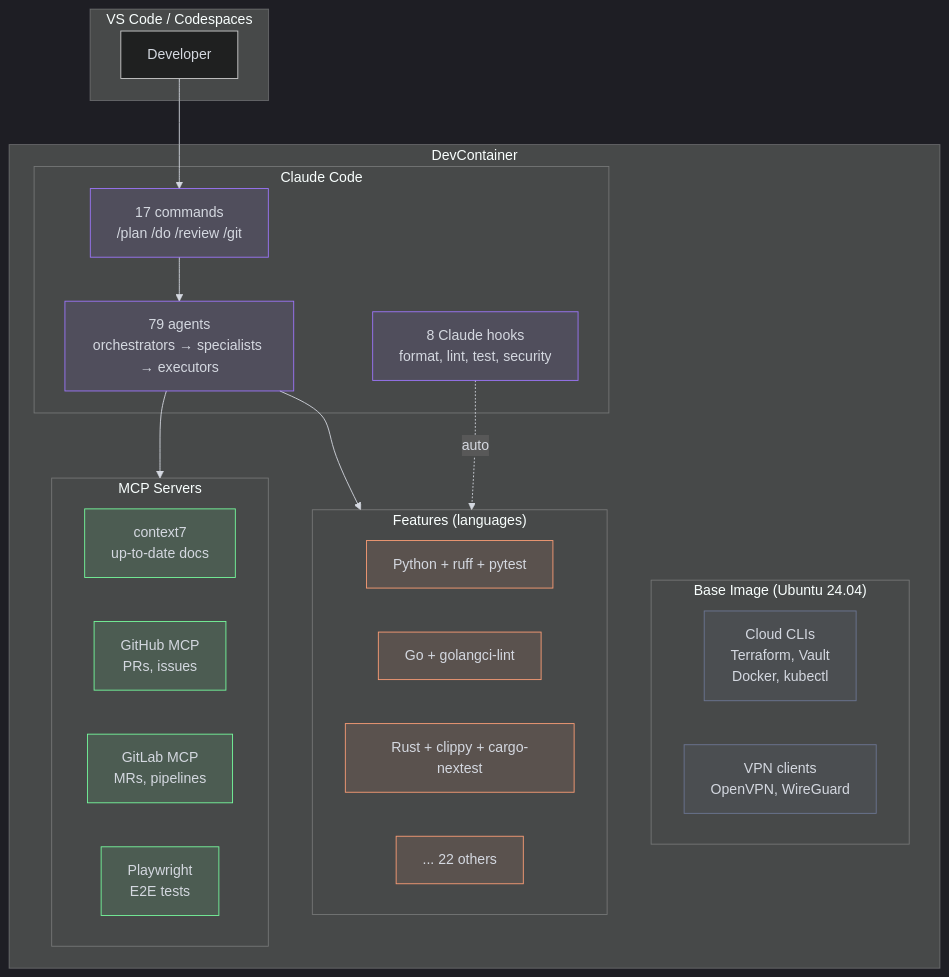
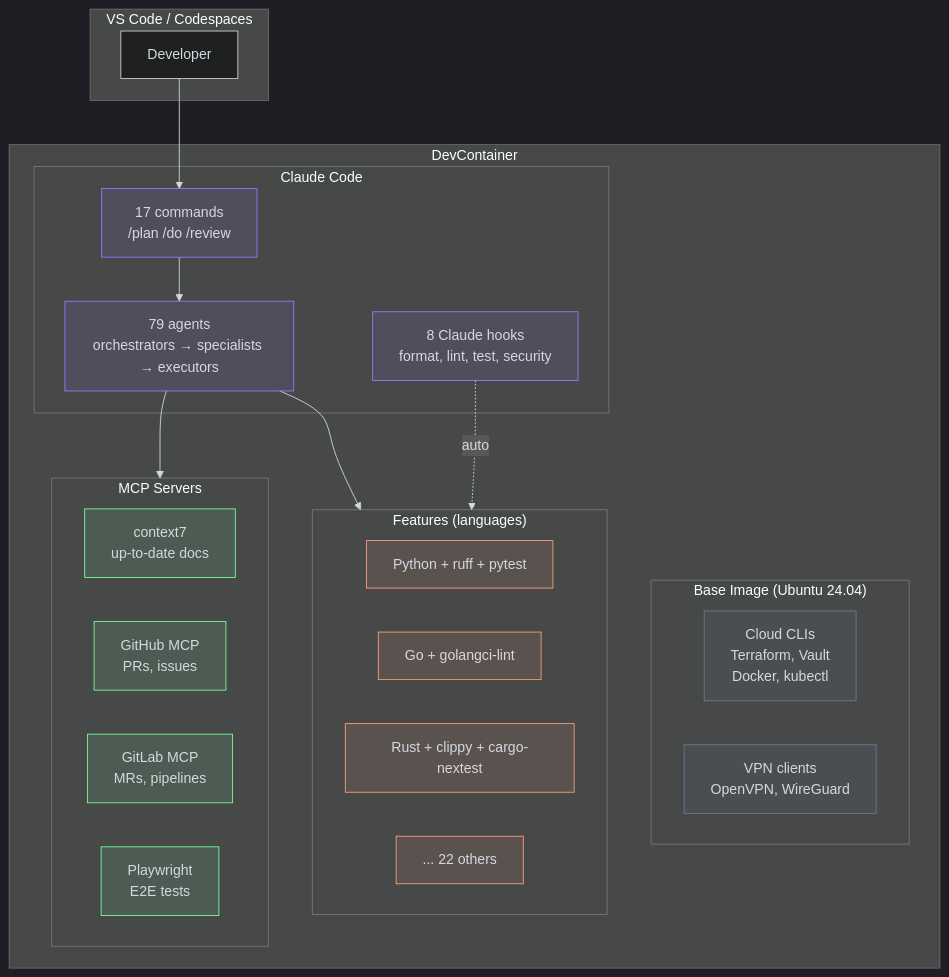
The first of 2 diagrams in docs/architecture/README.md (kodflow/3gpp-mcp), drawn with Mermaid before and after one commit. The commit also changed 12 other files, not shown here.

````diff
--- a/docs/architecture/README.md
+++ b/docs/architecture/README.md
@@ -7,62 +7,62 @@
 ```mermaid
 %%{init: {'theme': 'dark', 'themeVariables': {
   'primaryColor': '#9D76FB1a',
   'primaryBorderColor': '#9D76FB',
   'primaryTextColor': '#d4d8e0',
   'lineColor': '#d4d8e0',
   'textColor': '#d4d8e0',
   'secondaryColor': '#76FB9D1a',
   'secondaryBorderColor': '#76FB9D',
   'secondaryTextColor': '#d4d8e0',
   'tertiaryColor': '#FB9D761a',
   'tertiaryBorderColor': '#FB9D76',
   'tertiaryTextColor': '#d4d8e0'
 }}}%%
 flowchart TB
     subgraph IDE["VS Code / Codespaces"]
         U[Developer]
     end
 
     subgraph DC["DevContainer"]
         subgraph BASE["Base Image (Ubuntu 24.04)"]
             TOOLS[Cloud CLIs<br/>Terraform, Vault<br/>Docker, kubectl]
             NET[VPN clients<br/>OpenVPN, WireGuard]
         end
 
         subgraph FEAT["Features (languages)"]
             L1[Python + ruff + pytest]
             L2[Go + golangci-lint]
             L3[Rust + clippy + cargo-nextest]
             LN[... 22 others]
         end
 
         subgraph CLAUDE["Claude Code"]
-            CMD[17 commands<br/>/plan /do /review /git]
+            CMD[17 commands<br/>/plan /do /review]
             AGT[79 agents<br/>orchestrators → specialists → executors]
             HK[8 Claude hooks<br/>format, lint, test, security]
         end
 
         subgraph MCP["MCP Servers"]
             C7[context7<br/>up-to-date docs]
             GH[GitHub MCP<br/>PRs, issues]
             GL[GitLab MCP<br/>MRs, pipelines]
             PW[Playwright<br/>E2E tests]
         end
     end
 
     U --> CMD
     CMD --> AGT
     AGT --> MCP
     HK -.->|auto| FEAT
     AGT --> FEAT
 
     classDef primary fill:#9D76FB1a,stroke:#9D76FB,color:#d4d8e0
     classDef data fill:#76FB9D1a,stroke:#76FB9D,color:#d4d8e0
     classDef async fill:#FB9D761a,stroke:#FB9D76,color:#d4d8e0
     classDef external fill:#6c76931a,stroke:#6c7693,color:#d4d8e0
 
     class CMD,AGT,HK primary
     class C7,GH,GL,PW data
     class L1,L2,L3,LN async
     class TOOLS,NET external
 ```
````
